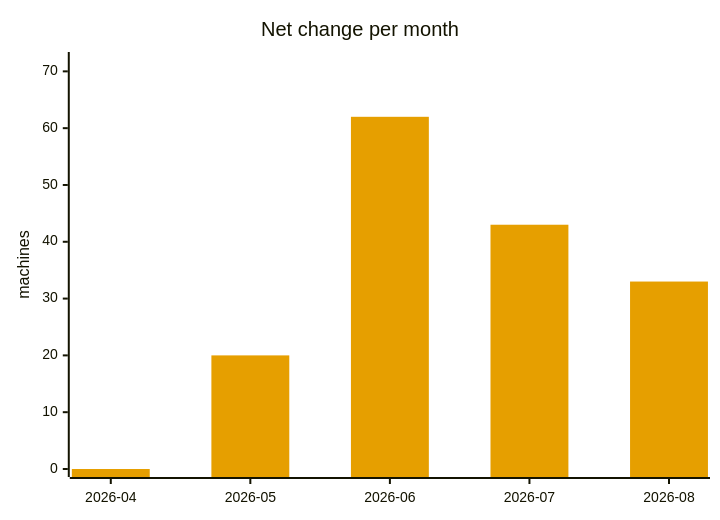
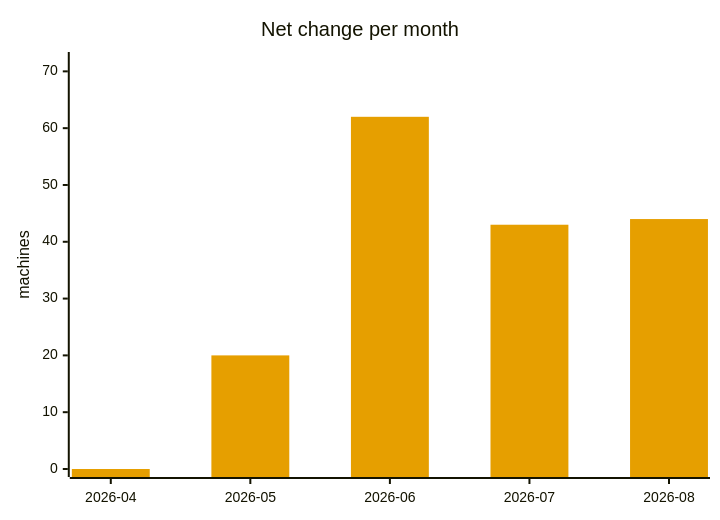
The seventh of 7 diagrams in ANALYSIS.md (cheeaun/returnright-data), drawn with Mermaid before and after one commit. The commit also changed other lines of this file and 3 other files, not shown here.

````diff
--- a/ANALYSIS.md
+++ b/ANALYSIS.md
@@ -300,13 +300,13 @@
 ```mermaid
 ---
 config:
   themeVariables:
     xyChart:
       plotColorPalette: "#E69F00"
 ---
 xychart-beta
     title "Net change per month"
     x-axis ["2026-04", "2026-05", "2026-06", "2026-07", "2026-08"]
     y-axis "machines" 0 --> 72
-    bar [0, 20, 62, 43, 33]
+    bar [0, 20, 62, 43, 44]
 ```
````
